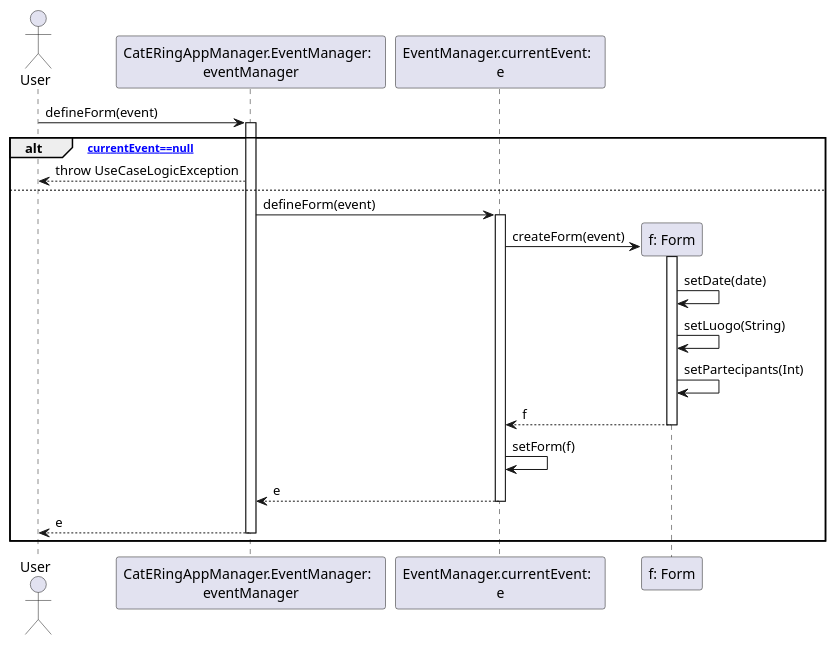
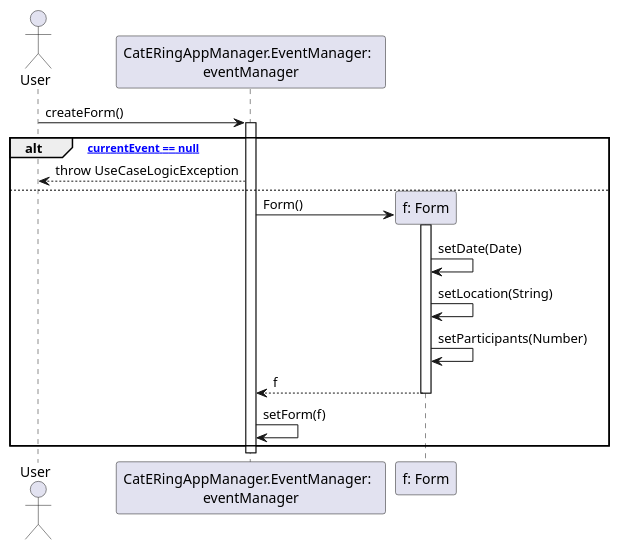
One commit to m0canu1/sas changed the diagram in dsd/dsd-eventi/scenarioPrincipale/2-defineForm.md. Above: the diagram before and after it, drawn with PlantUML. The commit also changed 6 other files, not shown here.

````diff
--- a/dsd/dsd-eventi/scenarioPrincipale/2-defineForm.md
+++ b/dsd/dsd-eventi/scenarioPrincipale/2-defineForm.md
@@ -1,43 +1,33 @@
 ```plantuml
 Actor User
 Participant "CatERingAppManager.EventManager:  \neventManager" as EM
-Participant "EventManager.currentEvent:  \ne" as CE
 
-
-User -> EM: defineForm(event)
+User -> EM: createForm()
 Activate EM
-alt [currentEvent==null]
+alt ["currentEvent == null"]
     EM --> User: throw UseCaseLogicException
 else
-EM -> CE: defineForm(event)
-    Activate CE   
     create "f: Form"
-    CE -> "f: Form": createForm(event)
+    EM -> "f: Form": Form()
     Activate "f: Form"
 
-    "f: Form" -> "f: Form": setDate(date)
-    "f: Form" -> "f: Form": setLuogo(String)
-    "f: Form" -> "f: Form": setPartecipants(Int)
+    "f: Form" -> "f: Form": setDate(Date)
+    "f: Form" -> "f: Form": setLocation(String)
+    "f: Form" -> "f: Form": setParticipants(Number)
 
-    "f: Form" --> CE: f
-    Deactivate
-     CE ->  CE: setForm(f)
-
-    CE --> EM: e
-    Deactivate CE   
-    
-    EM --> User: e
-    Deactivate EM
+    "f: Form" --> EM: f
+    Deactivate "f: Form"
+    EM -> EM: setForm(f)
 end
-    deactivate "f: Form"
+Deactivate EM
 
 
 
 
 
 
 
 
 
 
 ```
````
